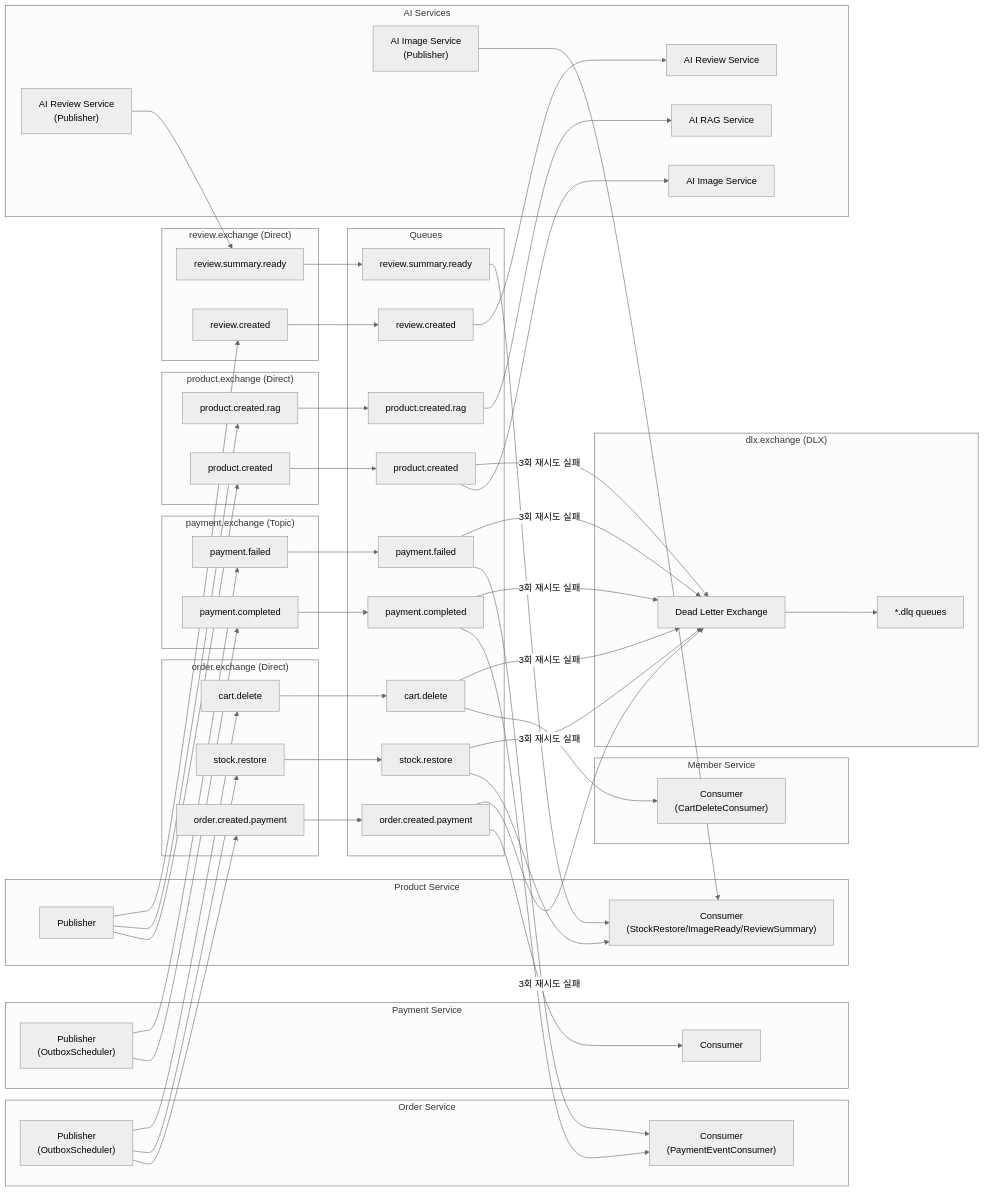
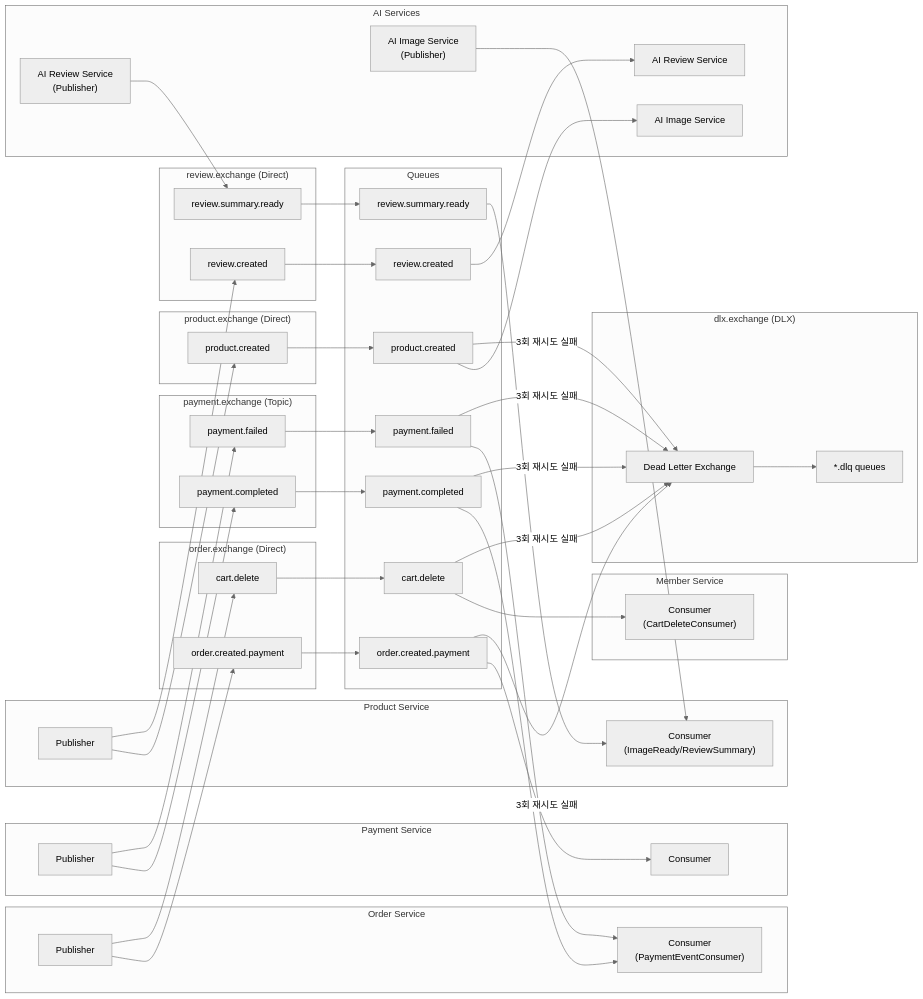
One commit to Teach-D/store changed the seventh of 12 diagrams in README.md. Above: the diagram before and after it, drawn with Mermaid (neutral theme). The commit also changed other lines of this file, not shown here.

````diff
--- a/README.md
+++ b/README.md
@@ -455,24 +358,21 @@
 ```mermaid
 graph LR
     subgraph "Order Service"
-        OS_PUB["Publisher\n(OutboxScheduler)"]
+        OS_PUB["Publisher"]
         OS_CON["Consumer\n(PaymentEventConsumer)"]
     end
 
     subgraph "order.exchange (Direct)"
         OE_OP["order.created.payment"]
-        OE_SR["stock.restore"]
         OE_CD["cart.delete"]
     end
 
     subgraph "Queues"
         Q_OCP["order.created.payment"]
-        Q_SR["stock.restore"]
         Q_CD["cart.delete"]
         Q_PC["payment.completed"]
         Q_PF["payment.failed"]
         Q_PRC["product.created"]
-        Q_PRR["product.created.rag"]
         Q_RC["review.created"]
         Q_RS["review.summary.ready"]
     end
@@ -484,7 +384,6 @@
 
     subgraph "product.exchange (Direct)"
         PRE_PC["product.created"]
-        PRE_RAG["product.created.rag"]
     end
 
     subgraph "review.exchange (Direct)"
@@ -494,7 +393,7 @@
 
     subgraph "Payment Service"
         PAY_CON["Consumer"]
-        PAY_PUB["Publisher\n(OutboxScheduler)"]
+        PAY_PUB["Publisher"]
     end
 
     subgraph "Member Service"
@@ -503,12 +402,11 @@
 
     subgraph "Product Service"
         PRD_PUB["Publisher"]
-        PRD_CON["Consumer\n(StockRestore/ImageReady/ReviewSummary)"]
+        PRD_CON["Consumer\n(ImageReady/ReviewSummary)"]
     end
 
     subgraph "AI Services"
         AI_IMG_CON["AI Image Service"]
-        AI_RAG_CON["AI RAG Service"]
         AI_REV_CON["AI Review Service"]
         AI_REV_PUB["AI Review Service\n(Publisher)"]
         AI_IMG_PUB["AI Image Service\n(Publisher)"]
@@ -520,18 +418,16 @@
     end
 
     OS_PUB --> OE_OP --> Q_OCP --> PAY_CON
-    OS_PUB --> OE_SR --> Q_SR --> PRD_CON
     OS_PUB --> OE_CD --> Q_CD --> MEM_CON
 
     PAY_PUB --> PE_PC --> Q_PC --> OS_CON
     PAY_PUB --> PE_PF --> Q_PF --> OS_CON
 
     PRD_PUB --> PRE_PC --> Q_PRC --> AI_IMG_CON
-    PRD_PUB --> PRE_RAG --> Q_PRR --> AI_RAG_CON
     PRD_PUB --> RE_RC --> Q_RC --> AI_REV_CON
 
     AI_IMG_PUB --> PRD_CON
     AI_REV_PUB --> RE_RS --> Q_RS --> PRD_CON
 
-    Q_OCP & Q_SR & Q_CD & Q_PC & Q_PF & Q_PRC -->|"3회 재시도 실패"| DLX --> DLQ
+    Q_OCP & Q_CD & Q_PC & Q_PF & Q_PRC -->|"3회 재시도 실패"| DLX --> DLQ
 ```
````
